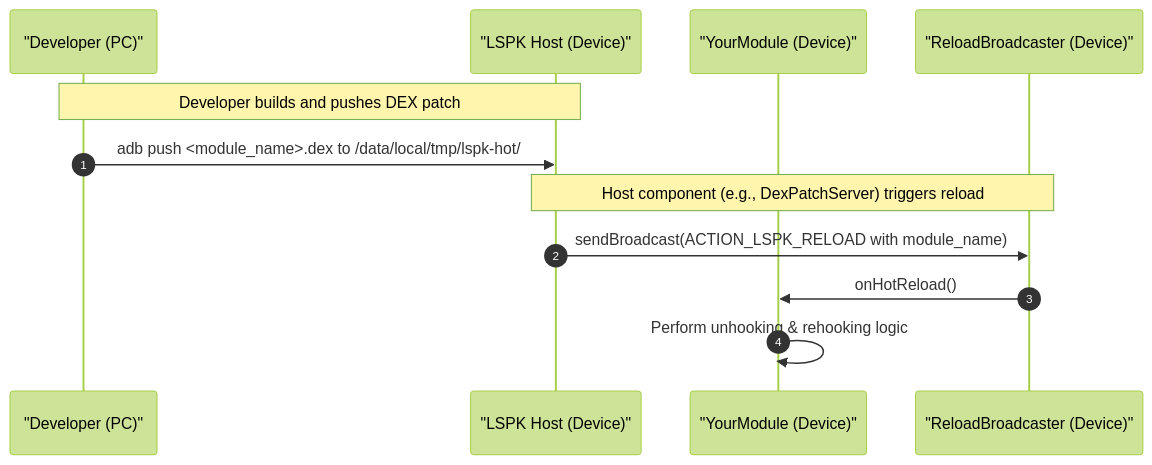
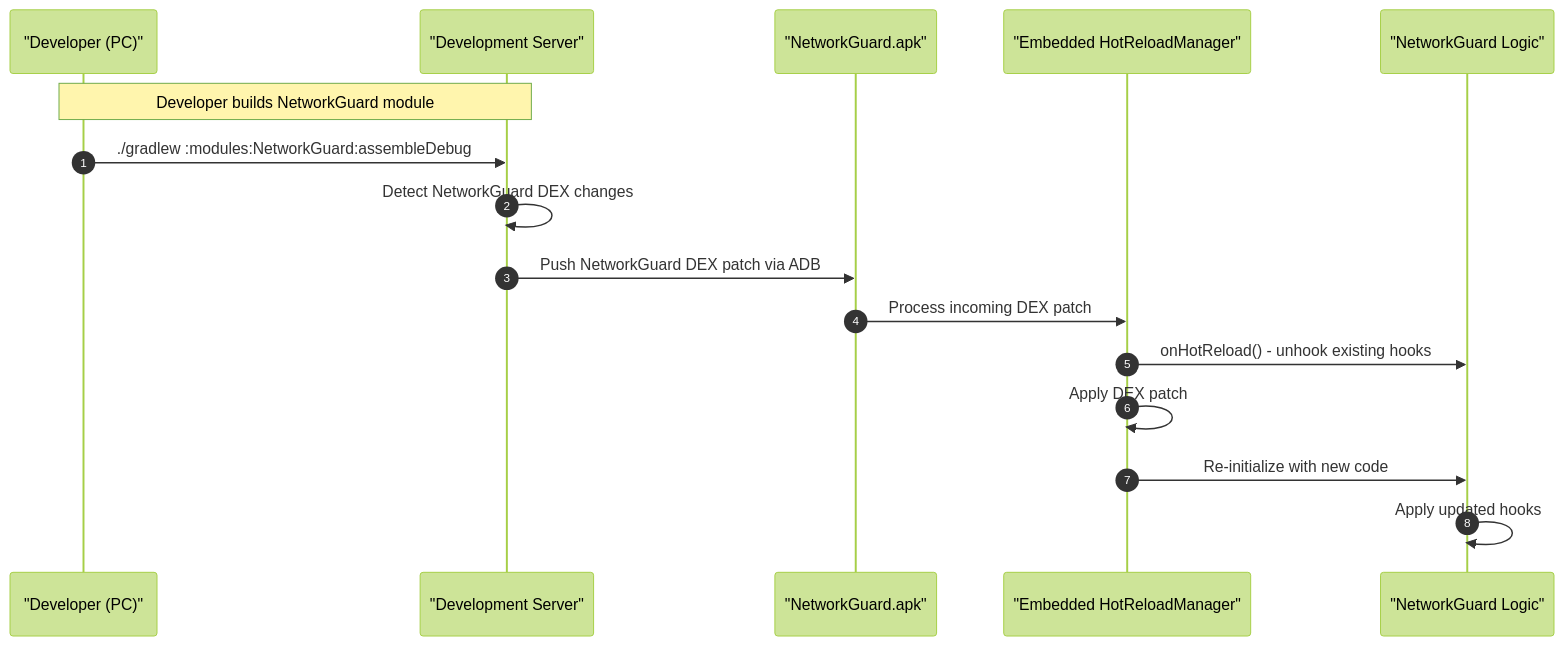
The third of 3 diagrams in Docs/07-framework-internals.md (wyatt727/LSPosedKit), drawn with Mermaid (forest theme) before and after one commit. The commit also changed other lines of this file and 15043 other files, not shown here.

Commit message:
Fully buildable new modules! Use this syntax: ./gradlew :scripts:newModule -PmoduleName="MyModule" -Pid="my-module" -Pdescription="My awesome module"

````diff
--- a/Docs/07-framework-internals.md
+++ b/Docs/07-framework-internals.md
@@ -190,15 +215,19 @@
 ```mermaid
 sequenceDiagram
     autonumber
     participant Dev as "Developer (PC)"
-    participant Host as "LSPK Host (Device)"
-    participant Mod as "YourModule (Device)"
-    participant RB as "ReloadBroadcaster (Device)"
+    participant DevServer as "Development Server"
+    participant ModuleAPK as "NetworkGuard.apk"
+    participant HotReload as "Embedded HotReloadManager"
+    participant ModuleCode as "NetworkGuard Logic"
 
-    Note over Dev, Host: Developer builds and pushes DEX patch
-    Dev->>Host: adb push <module_name>.dex to /data/local/tmp/lspk-hot/
-    Note over Host, RB: Host component (e.g., DexPatchServer) triggers reload
-    Host->>RB: sendBroadcast(ACTION_LSPK_RELOAD with module_name)
-    RB->>Mod: onHotReload()
-    Mod->>Mod: Perform unhooking & rehooking logic
+    Note over Dev, DevServer: Developer builds NetworkGuard module
+    Dev->>DevServer: ./gradlew :modules:NetworkGuard:assembleDebug
+    DevServer->>DevServer: Detect NetworkGuard DEX changes
+    DevServer->>ModuleAPK: Push NetworkGuard DEX patch via ADB
+    ModuleAPK->>HotReload: Process incoming DEX patch
+    HotReload->>ModuleCode: onHotReload() - unhook existing hooks
+    HotReload->>HotReload: Apply DEX patch
+    HotReload->>ModuleCode: Re-initialize with new code
+    ModuleCode->>ModuleCode: Apply updated hooks
 ```
````
